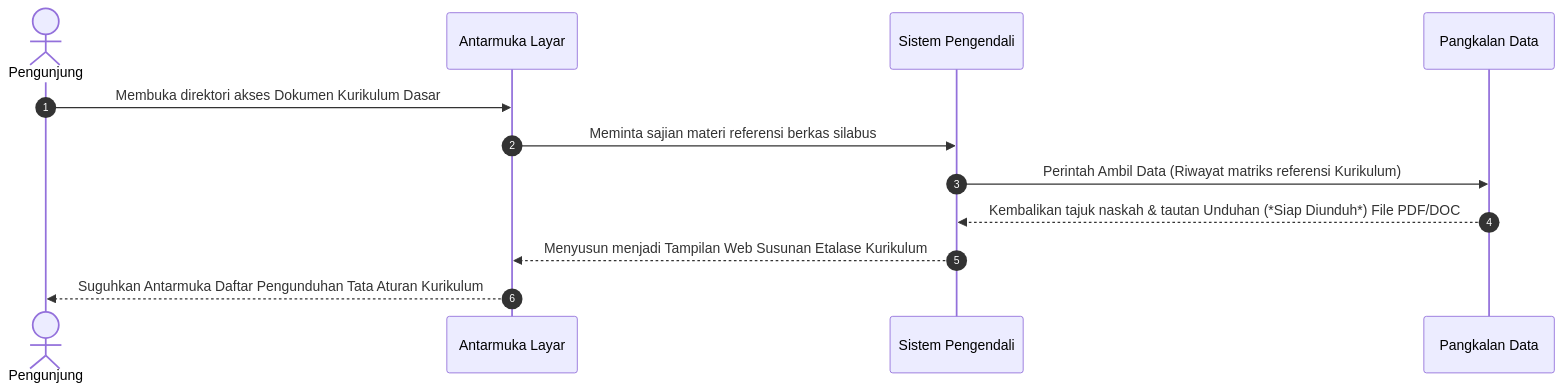
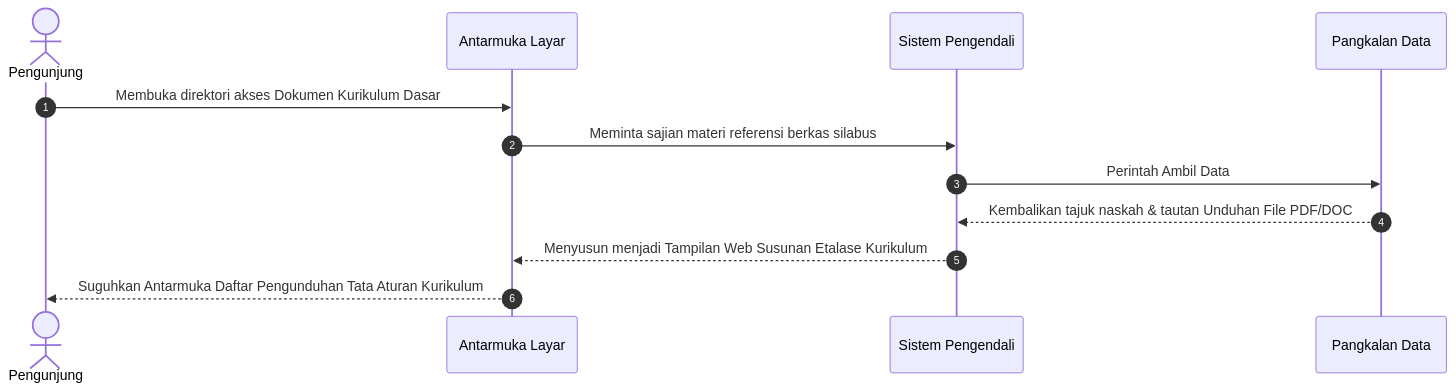
One commit to arbain-dev/Web_fikom changed diagram 13 of 39 in docs/02_DIAGRAM_URUTAN_SEQUENCE.md. Above: the diagram before and after it, drawn with Mermaid. The commit also changed other lines of this file, not shown here.

````diff
--- a/docs/02_DIAGRAM_URUTAN_SEQUENCE.md
+++ b/docs/02_DIAGRAM_URUTAN_SEQUENCE.md
@@ -313,17 +313,17 @@
 ```mermaid
 sequenceDiagram
     autonumber
     actor User as Pengunjung
     participant Frontend as Antarmuka Layar
     participant Backend as Sistem Pengendali
     participant Database as Pangkalan Data
 
     User->>Frontend: Membuka direktori akses Dokumen Kurikulum Dasar
     Frontend->>Backend: Meminta sajian materi referensi berkas silabus
     
-    Backend->>Database: Perintah Ambil Data (Riwayat matriks referensi Kurikulum)
-    Database-->>Backend: Kembalikan tajuk naskah & tautan Unduhan (*Siap Diunduh*) File PDF/DOC
+    Backend->>Database: Perintah Ambil Data
+    Database-->>Backend: Kembalikan tajuk naskah & tautan Unduhan File PDF/DOC
     
     Backend-->>Frontend: Menyusun menjadi Tampilan Web Susunan Etalase Kurikulum
     Frontend-->>User: Suguhkan Antarmuka Daftar Pengunduhan Tata Aturan Kurikulum 
 ```
````
